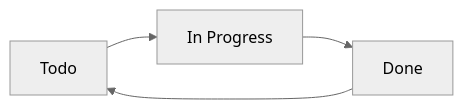
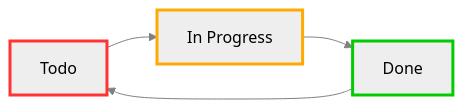
One commit to obsidian-tasks-group/obsidian-tasks changed the first of 4 diagrams in docs/Getting Started/Statuses/Example Statuses.md. Above: the diagram before and after it, drawn with Mermaid (neutral theme). The commit also changed other lines of this file and 1 other file, not shown here.

Commit message:
docs: Show Status Type as coloured edges in Status Diagrams

````diff
--- a/docs/Getting Started/Statuses/Example Statuses.md
+++ b/docs/Getting Started/Statuses/Example Statuses.md
@@ -20,9 +20,18 @@
 ```mermaid
 flowchart LR
-1["Todo"]
-2["In Progress"]
-3["Done"]
+
+classDef TODO        stroke:#f33,stroke-width:3px;
+classDef DONE        stroke:#0c0,stroke-width:3px;
+classDef IN_PROGRESS stroke:#fa0,stroke-width:3px;
+classDef CANCELLED   stroke:#ddd,stroke-width:3px;
+classDef NON_TASK    stroke:#99e,stroke-width:3px;
+
+1["Todo"]:::TODO
+2["In Progress"]:::IN_PROGRESS
+3["Done"]:::DONE
 1 --> 2
 2 --> 3
 3 --> 1
+
+linkStyle default stroke:gray
 ```
````
